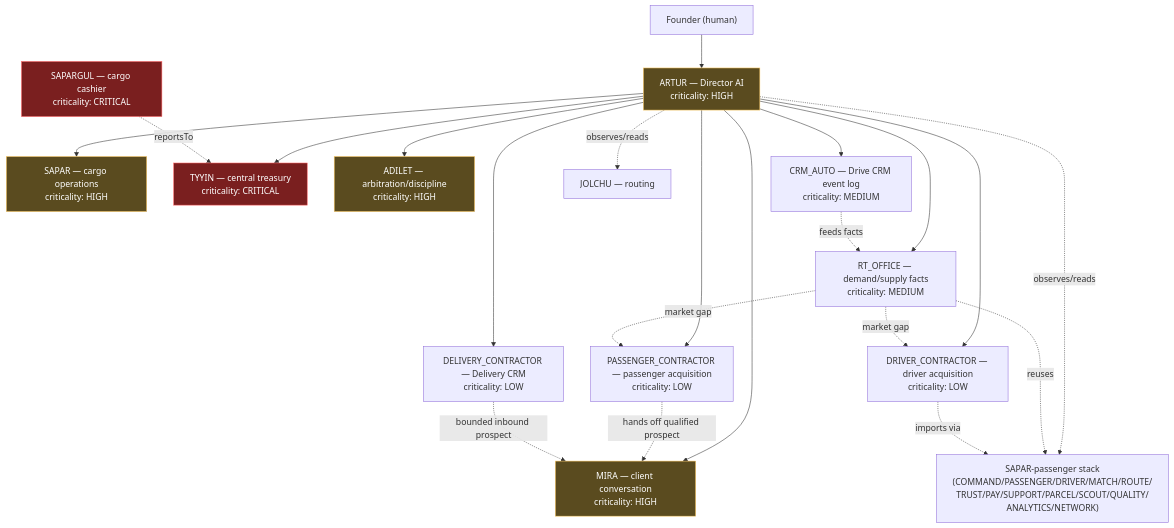
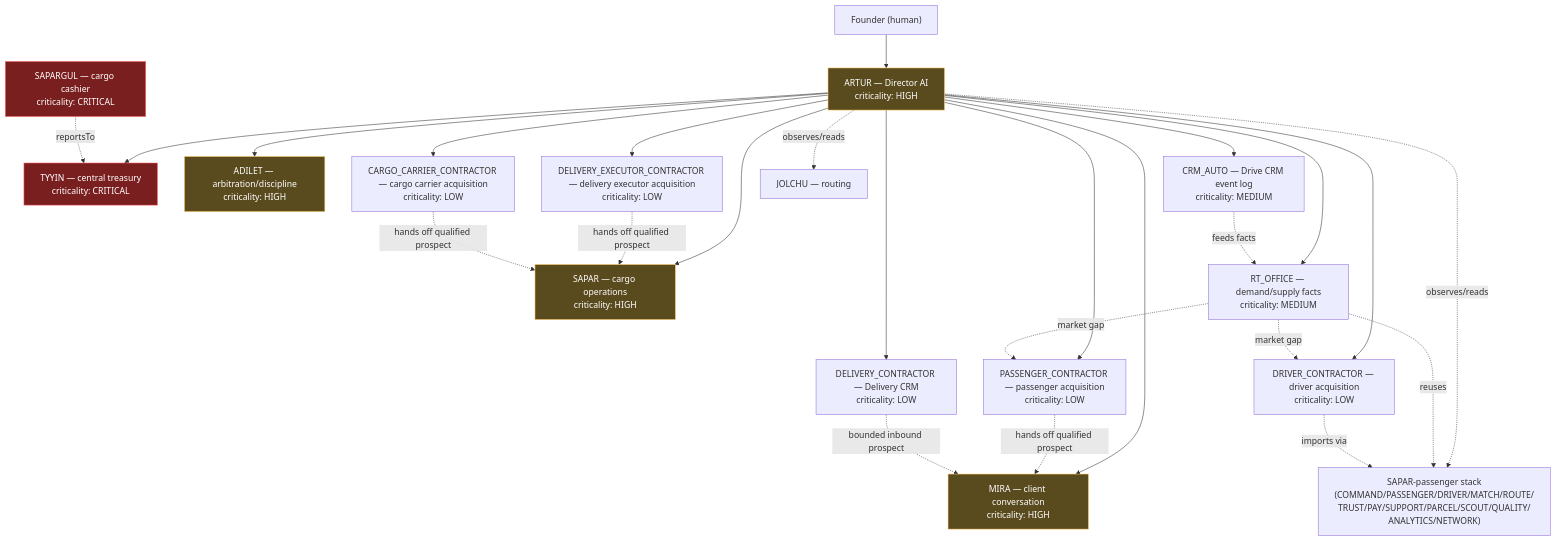
The first of 3 diagrams in docs/RT_ORGANIZATION.md (avtohimzavod2-sudo/regional-trans-rt), drawn with Mermaid before and after one commit. The commit also changed other lines of this file and 40 other files, not shown here.

````diff
--- a/docs/RT_ORGANIZATION.md
+++ b/docs/RT_ORGANIZATION.md
@@ -11,48 +11,54 @@
 ```mermaid
 graph TD
     FOUNDER["Founder (human)"]
     ARTUR["ARTUR — Director AI\ncriticality: HIGH"]
 
     FOUNDER --> ARTUR
 
     MIRA["MIRA — client conversation\ncriticality: HIGH"]
     SAPAR["SAPAR — cargo operations\ncriticality: HIGH"]
     SAPARGUL["SAPARGUL — cargo cashier\ncriticality: CRITICAL"]
     TYYIN["TYYIN — central treasury\ncriticality: CRITICAL"]
     ADILET["ADILET — arbitration/discipline\ncriticality: HIGH"]
     RTOFFICE["RT_OFFICE — demand/supply facts\ncriticality: MEDIUM"]
     CRMAUTO["CRM_AUTO — Drive CRM event log\ncriticality: MEDIUM"]
     DRIVERC["DRIVER_CONTRACTOR — driver acquisition\ncriticality: LOW"]
     PASSC["PASSENGER_CONTRACTOR — passenger acquisition\ncriticality: LOW"]
     DELIVC["DELIVERY_CONTRACTOR — Delivery CRM\ncriticality: LOW"]
+    DELIVEXC["DELIVERY_EXECUTOR_CONTRACTOR — delivery executor acquisition\ncriticality: LOW"]
+    CARGOC["CARGO_CARRIER_CONTRACTOR — cargo carrier acquisition\ncriticality: LOW"]
 
     ARTUR --> MIRA
     ARTUR --> SAPAR
     ARTUR --> TYYIN
     ARTUR --> ADILET
     ARTUR --> RTOFFICE
     ARTUR --> CRMAUTO
     ARTUR --> DRIVERC
     ARTUR --> PASSC
     ARTUR --> DELIVC
+    ARTUR --> DELIVEXC
+    ARTUR --> CARGOC
 
     SAPARGUL -. reportsTo .-> TYYIN
 
     JOLCHU["JOLCHU — routing"]
     SAPARP["SAPAR-passenger stack\n(COMMAND/PASSENGER/DRIVER/MATCH/ROUTE/\nTRUST/PAY/SUPPORT/PARCEL/SCOUT/QUALITY/\nANALYTICS/NETWORK)"]
 
     ARTUR -.observes/reads.-> JOLCHU
     ARTUR -.observes/reads.-> SAPARP
     RTOFFICE -.reuses.-> SAPARP
     CRMAUTO -.feeds facts.-> RTOFFICE
     RTOFFICE -.market gap.-> DRIVERC
     RTOFFICE -.market gap.-> PASSC
     DRIVERC -.imports via.-> SAPARP
     PASSC -.hands off qualified prospect.-> MIRA
     DELIVC -.bounded inbound prospect.-> MIRA
+    DELIVEXC -.hands off qualified prospect.-> SAPAR
+    CARGOC -.hands off qualified prospect.-> SAPAR
 
     classDef critical fill:#7a1f1f,stroke:#f66,color:#fff;
     classDef high fill:#5a4b1f,stroke:#fc6,color:#fff;
     class SAPARGUL,TYYIN critical;
     class ARTUR,MIRA,SAPAR,ADILET high;
 ```
````
